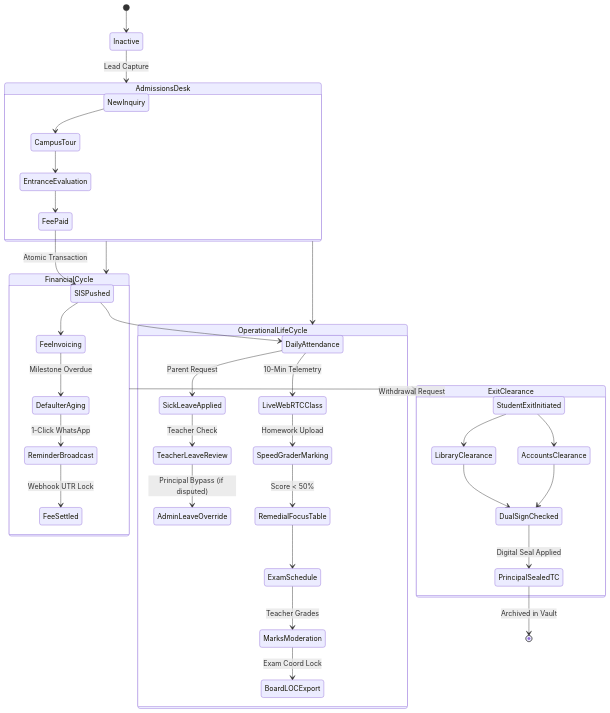
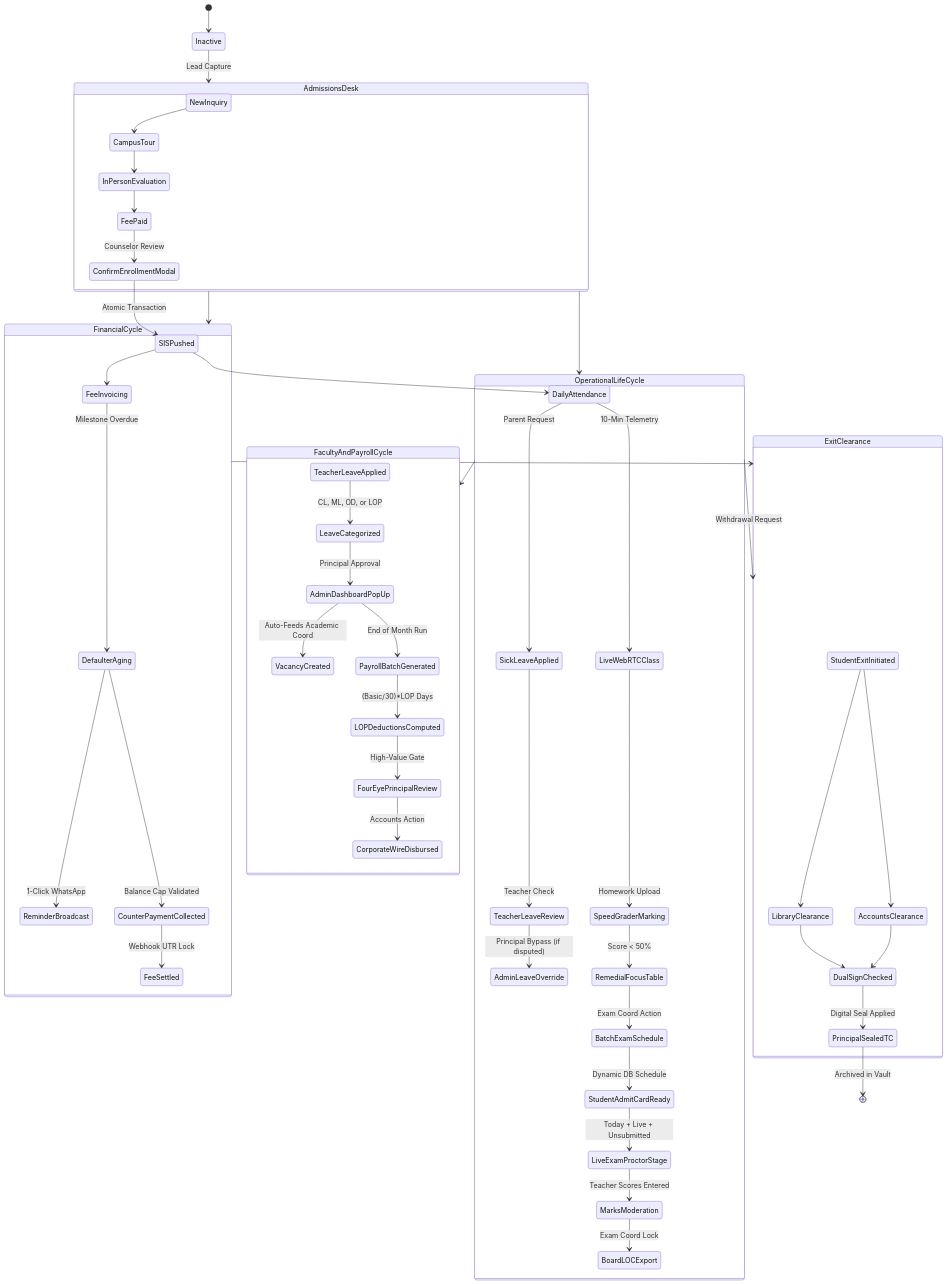
Before and after one commit to DiradzProducts/EDU360: diagram 19 of 19 in docs/architecture/ROLE_WISE_ARCHITECTURE_AND_WORKFLOWS.md, drawn with Mermaid. The commit also changed other lines of this file and 6 other files, not shown here.

Commit message:
docs(architecture): synchronize role-wise workflows with payroll LOP, batch exam schedules, and clock engine (v8.5)

````diff
--- a/docs/architecture/ROLE_WISE_ARCHITECTURE_AND_WORKFLOWS.md
+++ b/docs/architecture/ROLE_WISE_ARCHITECTURE_AND_WORKFLOWS.md
@@ -684,48 +765,63 @@
 ```mermaid
 stateDiagram-v2
     [*] --> Inactive
 
     state AdmissionsDesk {
         NewInquiry --> CampusTour
-        CampusTour --> EntranceEvaluation
-        EntranceEvaluation --> FeePaid
-        FeePaid --> SISPushed: Atomic Transaction
+        CampusTour --> InPersonEvaluation
+        InPersonEvaluation --> FeePaid
+        FeePaid --> ConfirmEnrollmentModal: Counselor Review
+        ConfirmEnrollmentModal --> SISPushed: Atomic Transaction
     }
 
     state OperationalLifeCycle {
         SISPushed --> DailyAttendance
         DailyAttendance --> LiveWebRTCClass: 10-Min Telemetry
         DailyAttendance --> SickLeaveApplied: Parent Request
         SickLeaveApplied --> TeacherLeaveReview: Teacher Check
         TeacherLeaveReview --> AdminLeaveOverride: Principal Bypass (if disputed)
         
         LiveWebRTCClass --> SpeedGraderMarking: Homework Upload
         SpeedGraderMarking --> RemedialFocusTable: Score < 50%
         
-        RemedialFocusTable --> ExamSchedule
-        ExamSchedule --> MarksModeration: Teacher Grades
+        RemedialFocusTable --> BatchExamSchedule: Exam Coord Action
+        BatchExamSchedule --> StudentAdmitCardReady: Dynamic DB Schedule
+        StudentAdmitCardReady --> LiveExamProctorStage: Today + Live + Unsubmitted
+        LiveExamProctorStage --> MarksModeration: Teacher Scores Entered
         MarksModeration --> BoardLOCExport: Exam Coord Lock
+    }
+
+    state FacultyAndPayrollCycle {
+        TeacherLeaveApplied --> LeaveCategorized: CL, ML, OD, or LOP
+        LeaveCategorized --> AdminDashboardPopUp: Principal Approval
+        AdminDashboardPopUp --> VacancyCreated: Auto-Feeds Academic Coord
+        AdminDashboardPopUp --> PayrollBatchGenerated: End of Month Run
+        PayrollBatchGenerated --> LOPDeductionsComputed: (Basic/30)*LOP Days
+        LOPDeductionsComputed --> FourEyePrincipalReview: High-Value Gate
+        FourEyePrincipalReview --> CorporateWireDisbursed: Accounts Action
     }
 
     state FinancialCycle {
         SISPushed --> FeeInvoicing
         FeeInvoicing --> DefaulterAging: Milestone Overdue
         DefaulterAging --> ReminderBroadcast: 1-Click WhatsApp
-        ReminderBroadcast --> FeeSettled: Webhook UTR Lock
+        DefaulterAging --> CounterPaymentCollected: Balance Cap Validated
+        CounterPaymentCollected --> FeeSettled: Webhook UTR Lock
     }
 
     state ExitClearance {
         StudentExitInitiated --> LibraryClearance
         StudentExitInitiated --> AccountsClearance
         LibraryClearance --> DualSignChecked
         AccountsClearance --> DualSignChecked
         DualSignChecked --> PrincipalSealedTC: Digital Seal Applied
     }
 
     Inactive --> AdmissionsDesk: Lead Capture
     AdmissionsDesk --> OperationalLifeCycle
     AdmissionsDesk --> FinancialCycle
+    OperationalLifeCycle --> FacultyAndPayrollCycle
     OperationalLifeCycle --> ExitClearance: Withdrawal Request
     FinancialCycle --> ExitClearance
     PrincipalSealedTC --> [*]: Archived in Vault
 ```
````
